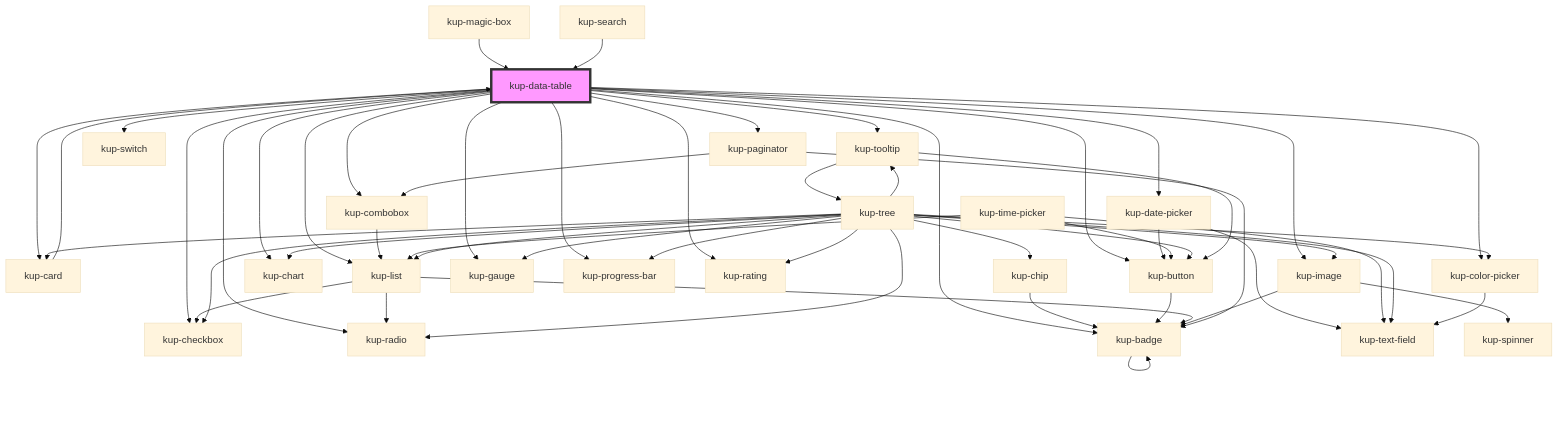
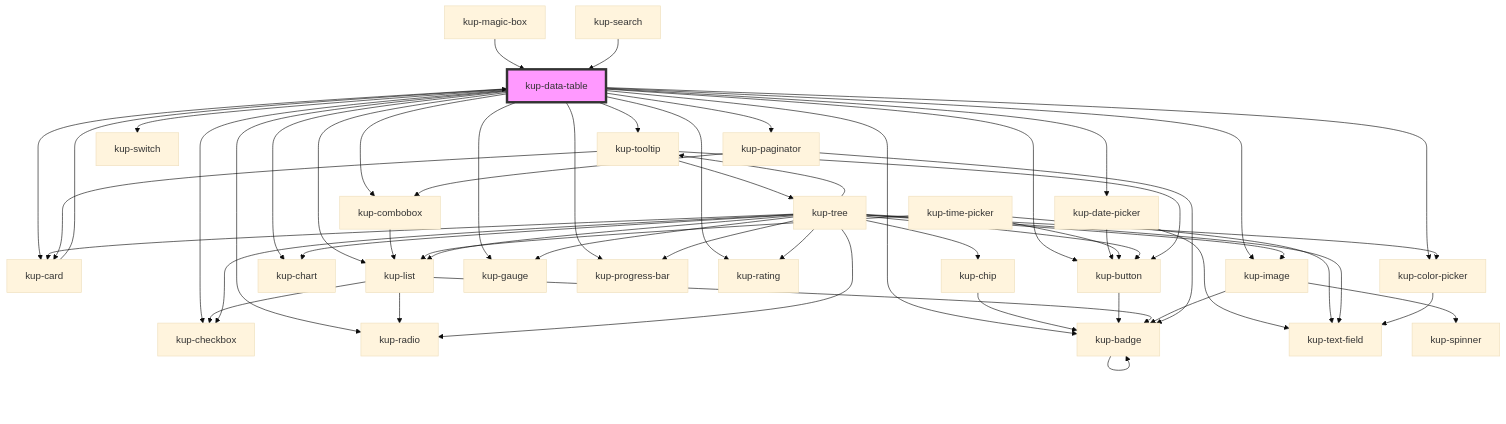
One commit to smeup/ketchup changed the diagram in packages/ketchup/src/components/kup-data-table/readme.md. Above: the diagram before and after it, drawn with Mermaid (base theme). The commit also changed 9 other files, not shown here.

````diff
--- a/packages/ketchup/src/components/kup-data-table/readme.md
+++ b/packages/ketchup/src/components/kup-data-table/readme.md
@@ -228,57 +228,58 @@
 ```mermaid
 graph TD;
   kup-data-table --> kup-card
   kup-data-table --> kup-checkbox
   kup-data-table --> kup-tooltip
   kup-data-table --> kup-list
   kup-data-table --> kup-date-picker
   kup-data-table --> kup-image
   kup-data-table --> kup-button
   kup-data-table --> kup-chart
   kup-data-table --> kup-color-picker
   kup-data-table --> kup-gauge
   kup-data-table --> kup-progress-bar
   kup-data-table --> kup-rating
   kup-data-table --> kup-radio
   kup-data-table --> kup-paginator
   kup-data-table --> kup-switch
   kup-data-table --> kup-combobox
   kup-data-table --> kup-badge
   kup-card --> kup-data-table
   kup-chip --> kup-badge
   kup-badge --> kup-badge
   kup-button --> kup-badge
   kup-combobox --> kup-list
   kup-list --> kup-radio
   kup-list --> kup-checkbox
   kup-list --> kup-badge
   kup-date-picker --> kup-text-field
   kup-date-picker --> kup-button
   kup-time-picker --> kup-text-field
   kup-time-picker --> kup-button
   kup-time-picker --> kup-list
   kup-tree --> kup-image
   kup-tree --> kup-button
   kup-tree --> kup-chart
   kup-tree --> kup-checkbox
   kup-tree --> kup-chip
   kup-tree --> kup-color-picker
   kup-tree --> kup-gauge
   kup-tree --> kup-progress-bar
   kup-tree --> kup-rating
   kup-tree --> kup-radio
   kup-tree --> kup-tooltip
   kup-tree --> kup-list
   kup-tree --> kup-text-field
   kup-tree --> kup-card
   kup-image --> kup-spinner
   kup-image --> kup-badge
   kup-color-picker --> kup-text-field
   kup-tooltip --> kup-button
+  kup-tooltip --> kup-card
   kup-tooltip --> kup-tree
   kup-paginator --> kup-combobox
   kup-paginator --> kup-badge
   kup-magic-box --> kup-data-table
   kup-search --> kup-data-table
   style kup-data-table fill:#f9f,stroke:#333,stroke-width:4px
 ```
````
